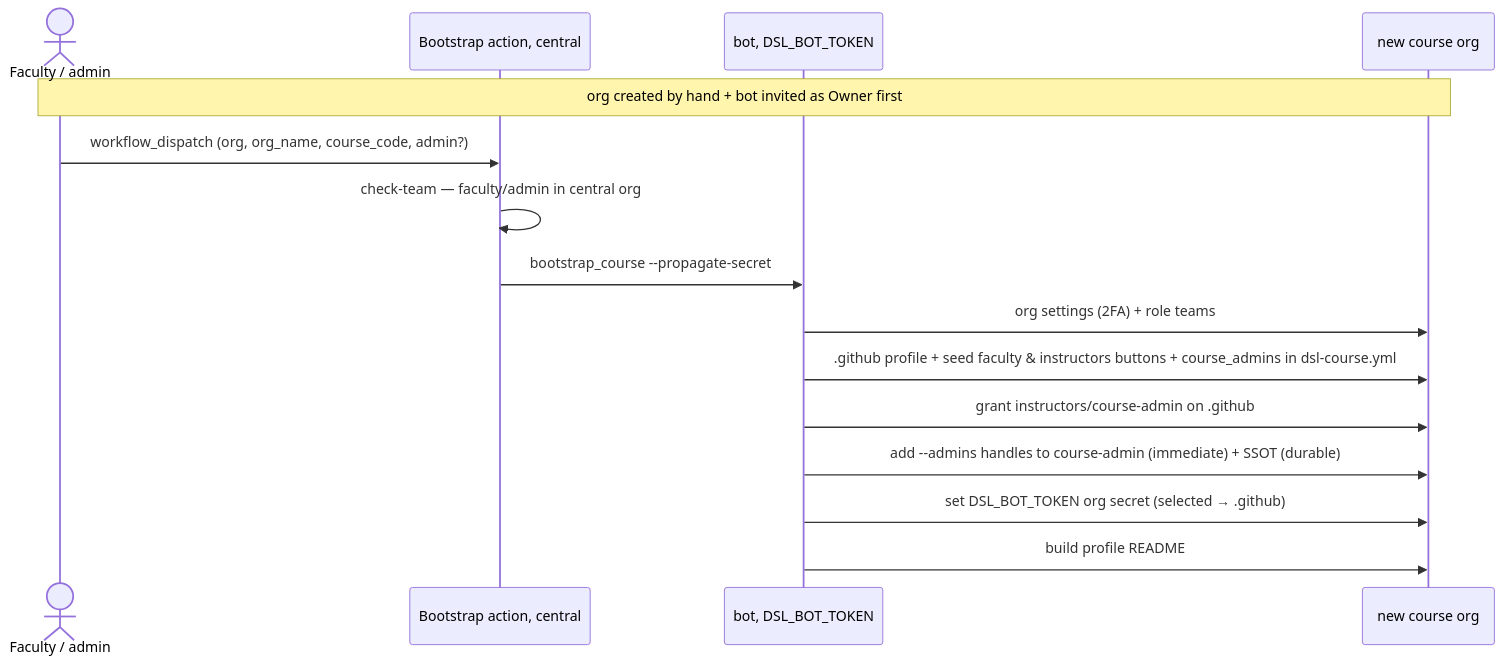
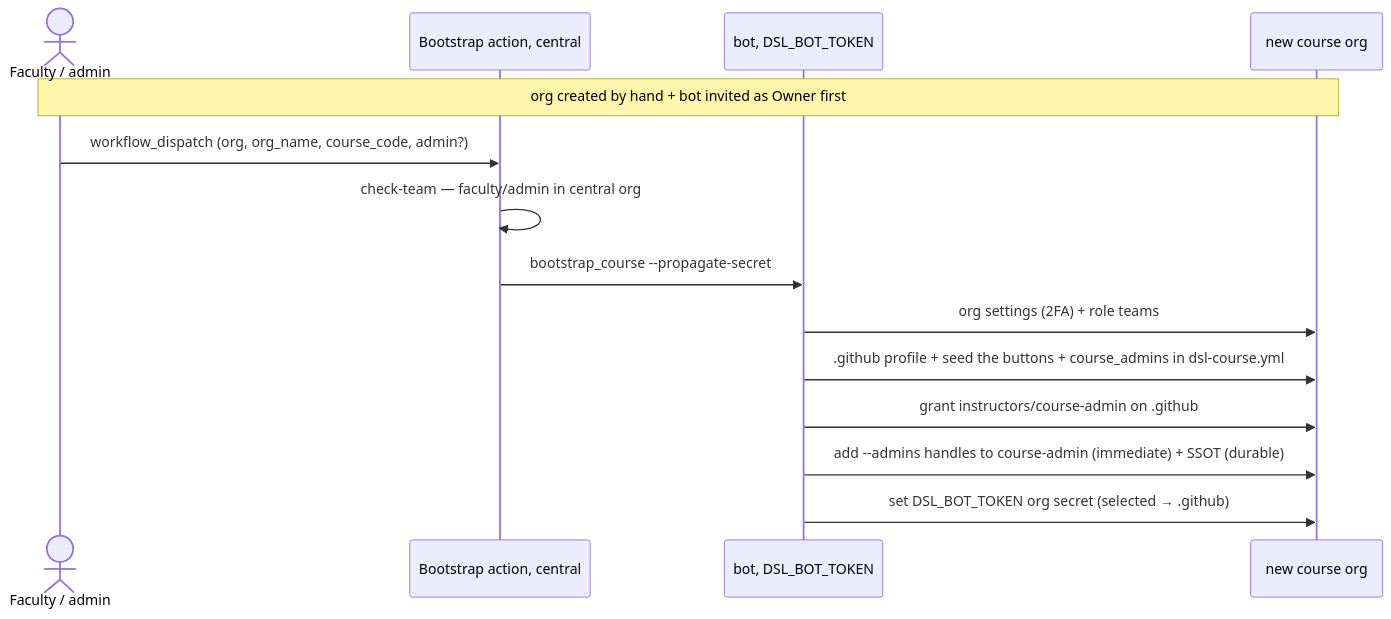
Before and after one commit to hertie-data-science-lab/dsl-teaching-course-setup: the fourth of 7 diagrams in docs/admin/architecture.md, drawn with Mermaid. The commit also changed other lines of this file and 14 other files, not shown here.

````diff
--- a/docs/admin/architecture.md
+++ b/docs/admin/architecture.md
@@ -124,17 +122,16 @@
 ```mermaid
 sequenceDiagram
   actor F as Faculty / admin
   participant A as Bootstrap action, central
   participant Bot as bot, DSL_BOT_TOKEN
   participant Org as new course org
   Note over F,Org: org created by hand + bot invited as Owner first
   F->>A: workflow_dispatch (org, org_name, course_code, admin?)
   A->>A: check-team — faculty/admin in central org
   A->>Bot: bootstrap_course --propagate-secret
   Bot->>Org: org settings (2FA) + role teams
-  Bot->>Org: .github profile + seed faculty & instructors buttons + course_admins in dsl-course.yml
+  Bot->>Org: .github profile + seed the buttons + course_admins in dsl-course.yml
   Bot->>Org: grant instructors/course-admin on .github
   Bot->>Org: add --admins handles to course-admin (immediate) + SSOT (durable)
   Bot->>Org: set DSL_BOT_TOKEN org secret (selected → .github)
-  Bot->>Org: build profile README
 ```
````
